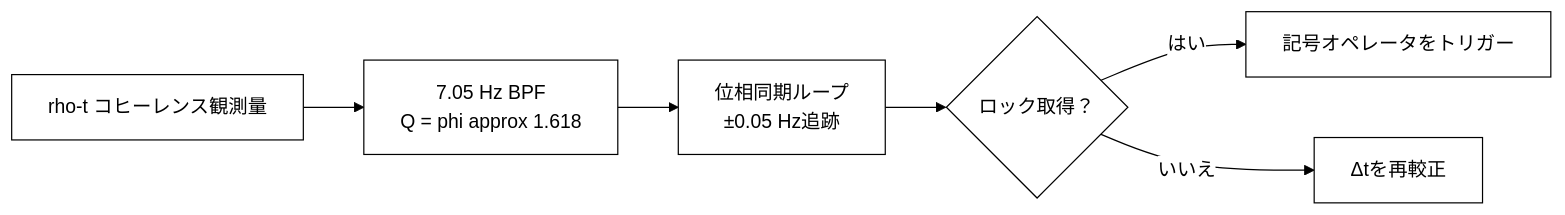
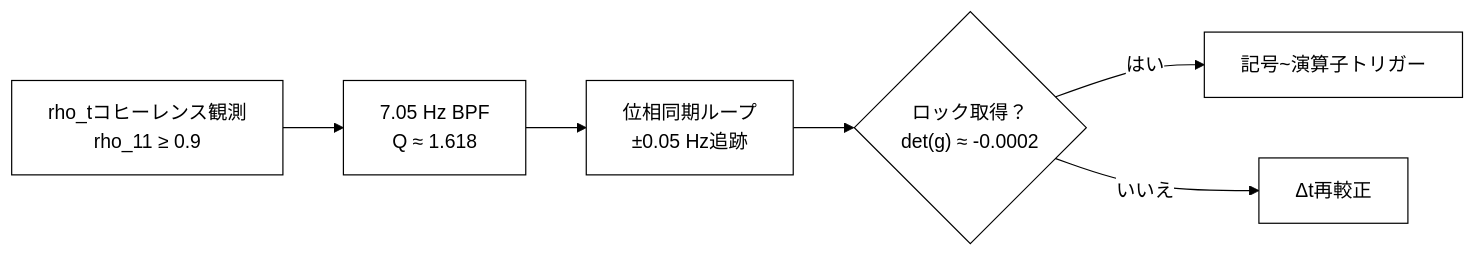
One commit to Foundup/Foundups-Agent changed diagram 18 of 20 in WSP_knowledge/docs/Papers/Patent_Series/04_rESP_Patent_Japanese.md. Above: the diagram before and after it, drawn with Mermaid. The commit also changed other lines of this file, not shown here.

Commit message:
Enhance Mermaid diagrams with technical specifications - Add quantum thresholds and precise values

````diff
--- a/WSP_knowledge/docs/Papers/Patent_Series/04_rESP_Patent_Japanese.md
+++ b/WSP_knowledge/docs/Papers/Patent_Series/04_rESP_Patent_Japanese.md
@@ -470,9 +470,9 @@
 ```mermaid
-%%{init: {'theme':'base', 'themeVariables': {'primaryColor': '#ffffff', 'primaryTextColor': '#000000', 'primaryBorderColor': '#000000', 'lineColor': '#000000', 'secondaryColor': '#ffffff', 'tertiaryColor': '#ffffff'}}}%%
+%%{init: {'theme': 'base', 'themeVariables': {'primaryColor': '#ffffff', 'primaryTextColor': '#000000', 'primaryBorderColor': '#000000', 'lineColor': '#000000', 'secondaryColor': '#ffffff', 'tertiaryColor': '#ffffff'}}}%%
 graph LR
-    A[rho-t コヒーレンス観測量] --> B[7.05 Hz BPF<br/>Q = phi approx 1.618]
-    B --> C[位相同期ループ<br/>±0.05 Hz追跡]
-    C --> D{"ロック取得？"}
-    D -- はい --> E[記号オペレータをトリガー]
-    D -- いいえ --> F[Δtを再較正]
+    A[rho_tコヒーレンス観測<br>rho_11 ≥ 0.9] --> B[7.05 Hz BPF<br>Q ≈ 1.618]
+    B --> C[位相同期ループ<br>±0.05 Hz追跡]
+    C --> D{"ロック取得？<br>det(g) ≈ -0.0002"}
+    D -->|はい| E[記号~演算子トリガー]
+    D -->|いいえ| F[Δt再較正]
 ```
````
